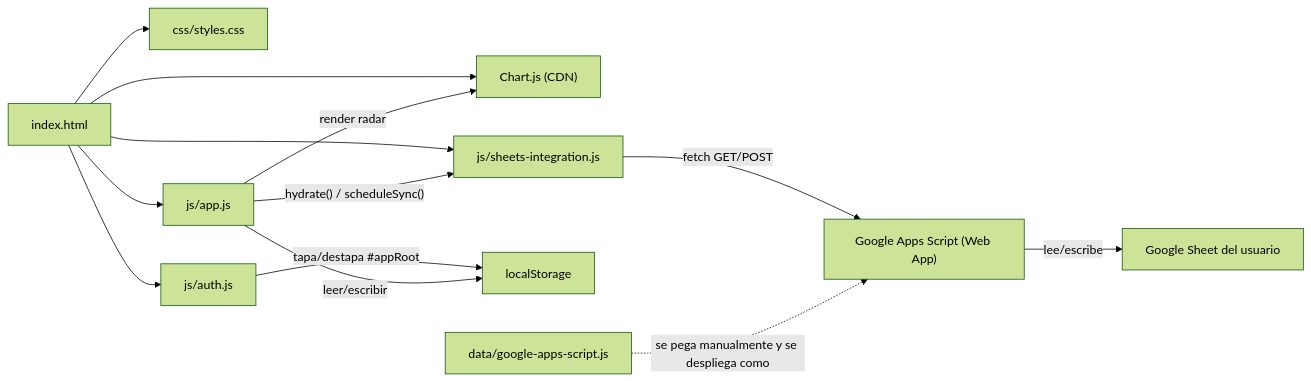
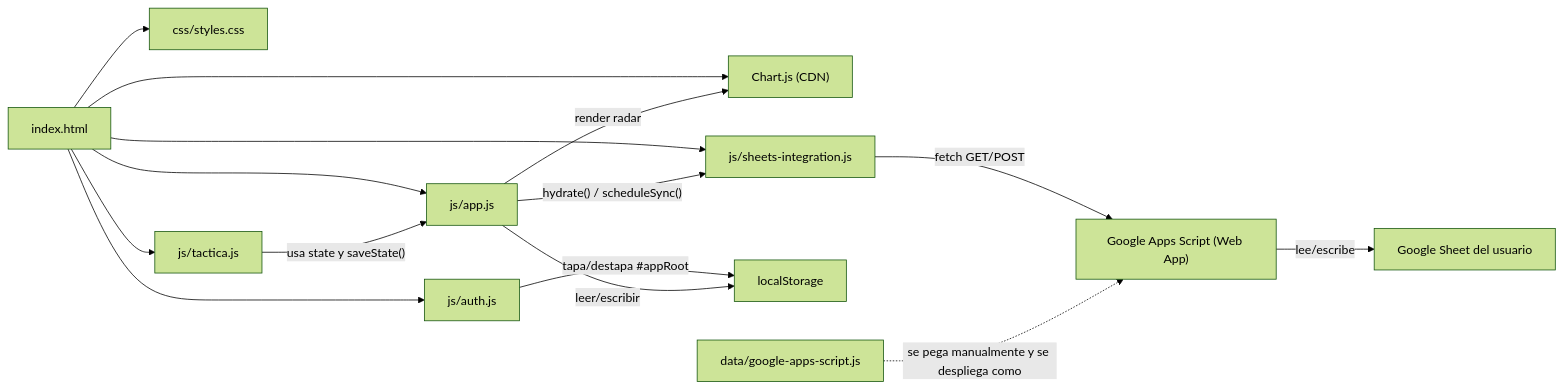
The diagram in codemap/ARCHITECTURE.md (Lechuza22/DtCommander), drawn with Mermaid (forest theme) before and after one commit. The commit also changed other lines of this file, not shown here.

````diff
--- a/codemap/ARCHITECTURE.md
+++ b/codemap/ARCHITECTURE.md
@@ -13,19 +15,21 @@
 ```mermaid
 graph LR
     HTML["index.html"] --> CSS["css/styles.css"]
     HTML --> AuthJS["js/auth.js"]
     HTML --> ChartJS["Chart.js (CDN)"]
     HTML --> SheetsJS["js/sheets-integration.js"]
     HTML --> AppJS["js/app.js"]
+    HTML --> TacticaJS["js/tactica.js"]
 
     AuthJS -->|"tapa/destapa #appRoot"| LocalStorage["localStorage"]
 
     AppJS -->|"render radar"| ChartJS
     AppJS -->|"leer/escribir"| LocalStorage["localStorage"]
     AppJS -->|"hydrate() / scheduleSync()"| SheetsJS
+    TacticaJS -->|"usa state y saveState()"| AppJS
 
     SheetsJS -->|"fetch GET/POST"| WebApp["Google Apps Script (Web App)"]
     WebApp -->|"lee/escribe"| Sheet["Google Sheet del usuario"]
 
     GAS["data/google-apps-script.js"] -.->|"se pega manualmente y se despliega como"| WebApp
 ```
````
